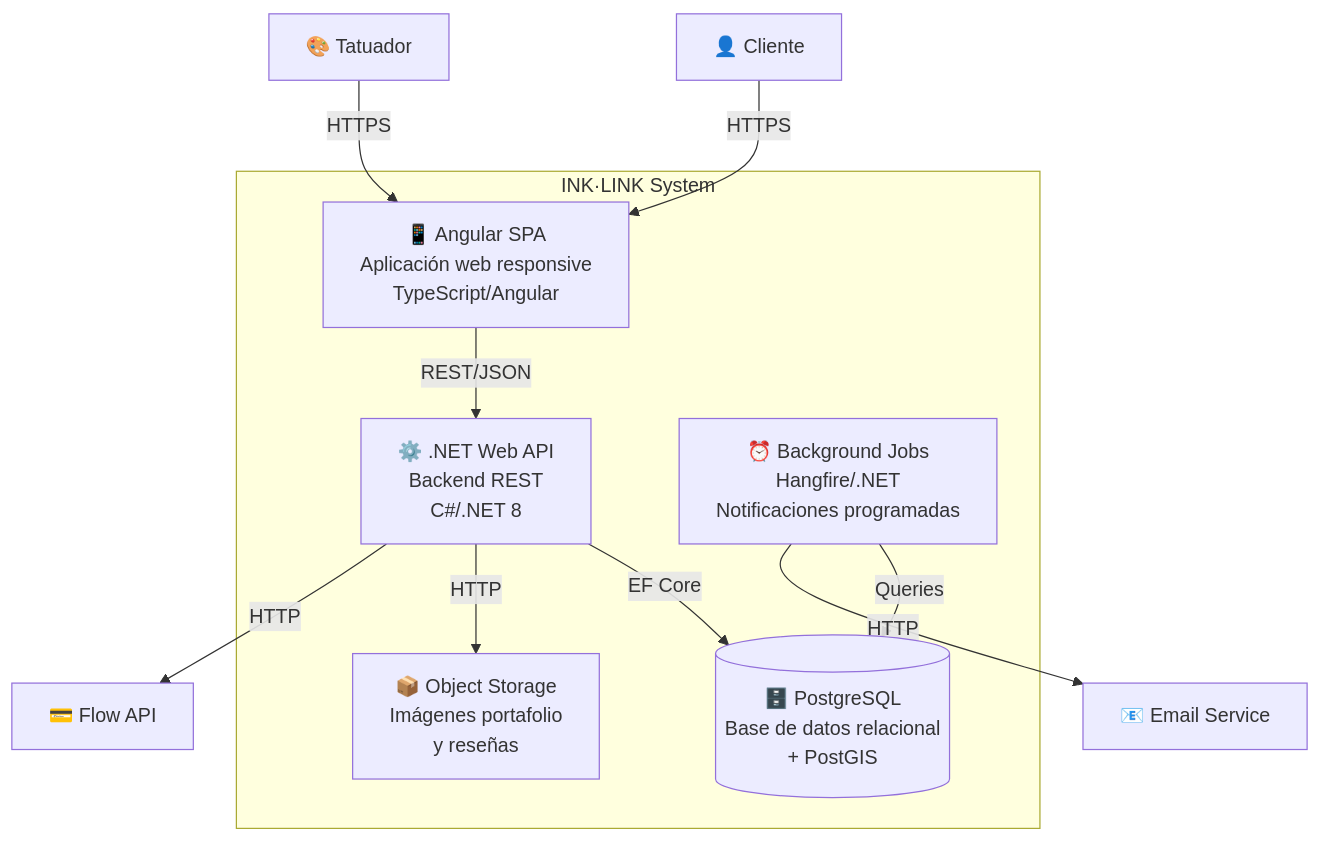
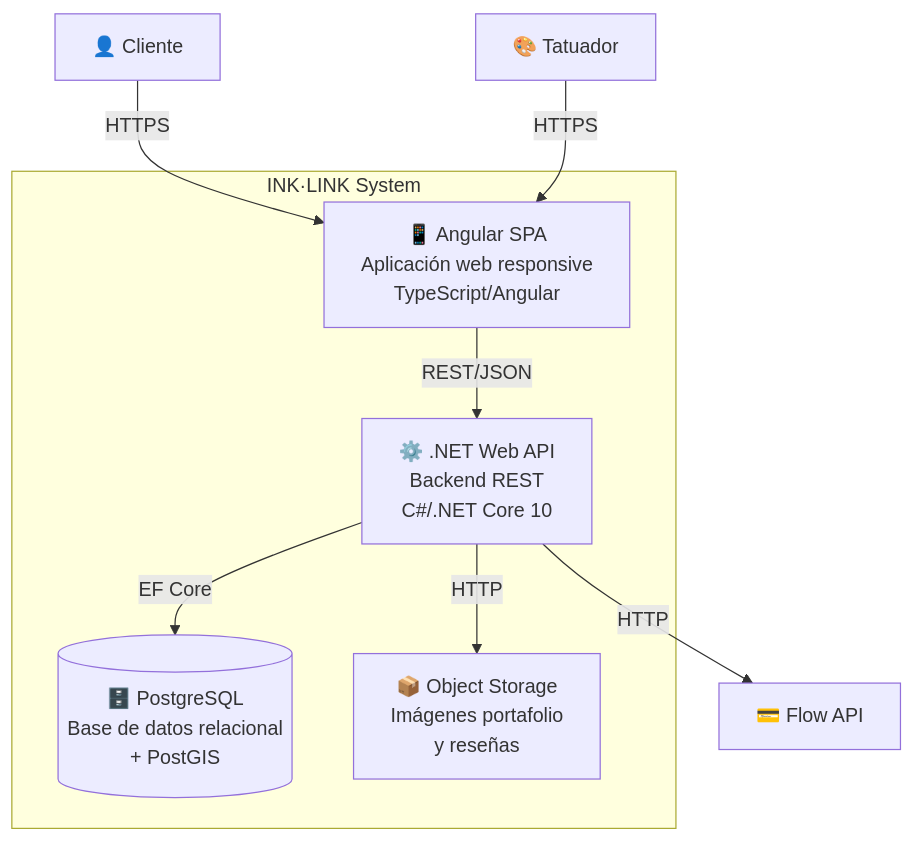
Before and after one commit to LIDR-academy/AI4Devs-finalproject: diagram 13 of 14 in docs/documentacion.md, drawn with Mermaid. The commit also changed other lines of this file and 6 other files, not shown here.

````diff
--- a/docs/documentacion.md
+++ b/docs/documentacion.md
@@ -951,25 +945,21 @@
 ```mermaid
 flowchart TB
     CLIENT[👤 Cliente]
     ARTIST[🎨 Tatuador]
 
     subgraph INKLINK["INK·LINK System"]
         SPA[📱 Angular SPA<br/>Aplicación web responsive<br/>TypeScript/Angular]
-        API[⚙️ .NET Web API<br/>Backend REST<br/>C#/.NET 8]
+        API[⚙️ .NET Web API<br/>Backend REST<br/>C#/.NET Core 10]
         DB[(🗄️ PostgreSQL<br/>Base de datos relacional<br/>+ PostGIS)]
         STORAGE[📦 Object Storage<br/>Imágenes portafolio<br/>y reseñas]
-        JOBS[⏰ Background Jobs<br/>Hangfire/.NET<br/>Notificaciones programadas]
     end
 
     FLOW_EXT[💳 Flow API]
-    EMAIL_EXT[📧 Email Service]
 
     CLIENT -->|HTTPS| SPA
     ARTIST -->|HTTPS| SPA
     SPA -->|REST/JSON| API
     API -->|EF Core| DB
     API -->|HTTP| STORAGE
     API -->|HTTP| FLOW_EXT
-    JOBS -->|Queries| DB
-    JOBS -->|HTTP| EMAIL_EXT
 ```
````
